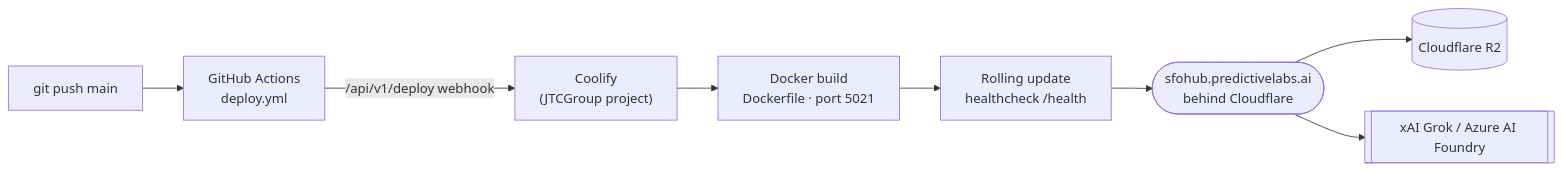
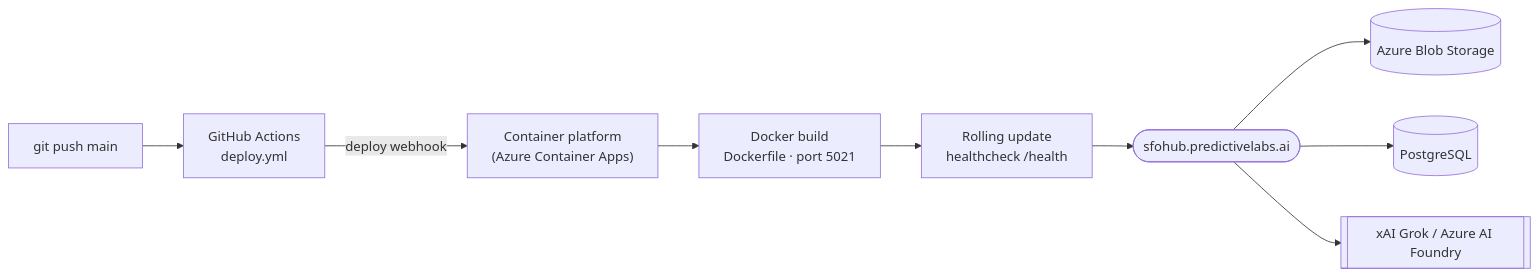
The sixth of 7 diagrams in docs/technical_architecture.md (predictivelabsai/FastFund), drawn with Mermaid before and after one commit. The commit also changed other lines of this file and 10 other files, not shown here.

First line of the commit message:
Standardise architecture on Azure Blob Storage + PostgreSQL

````diff
--- a/docs/technical_architecture.md
+++ b/docs/technical_architecture.md
@@ -169,10 +173,11 @@
 ```mermaid
 flowchart LR
     DEV["git push main"] --> GH["GitHub Actions<br/>deploy.yml"]
-    GH -->|"/api/v1/deploy webhook"| COOL["Coolify<br/>(JTCGroup project)"]
-    COOL --> BUILD["Docker build<br/>Dockerfile · port 5021"]
+    GH -->|"deploy webhook"| HOST["Container platform<br/>(Azure Container Apps)"]
+    HOST --> BUILD["Docker build<br/>Dockerfile · port 5021"]
     BUILD --> RUN["Rolling update<br/>healthcheck /health"]
-    RUN --> LIVE(["sfohub.predictivelabs.ai<br/>behind Cloudflare"])
-    LIVE --> R2[("Cloudflare R2")]
+    RUN --> LIVE(["sfohub.predictivelabs.ai"])
+    LIVE --> BLOB[("Azure Blob Storage")]
+    LIVE --> DB[("PostgreSQL")]
     LIVE --> GROK[["xAI Grok / Azure AI Foundry"]]
 ```
````
